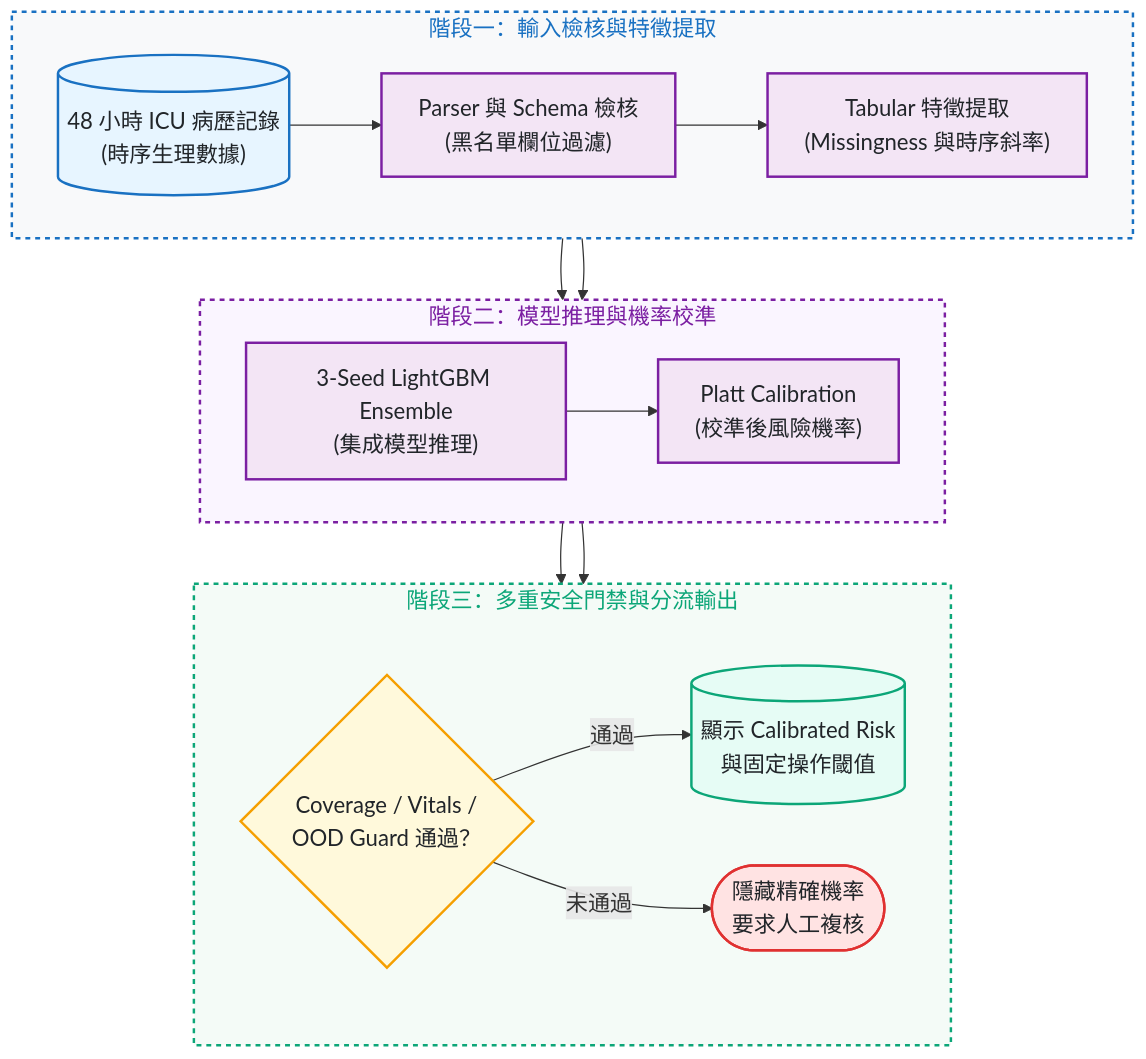
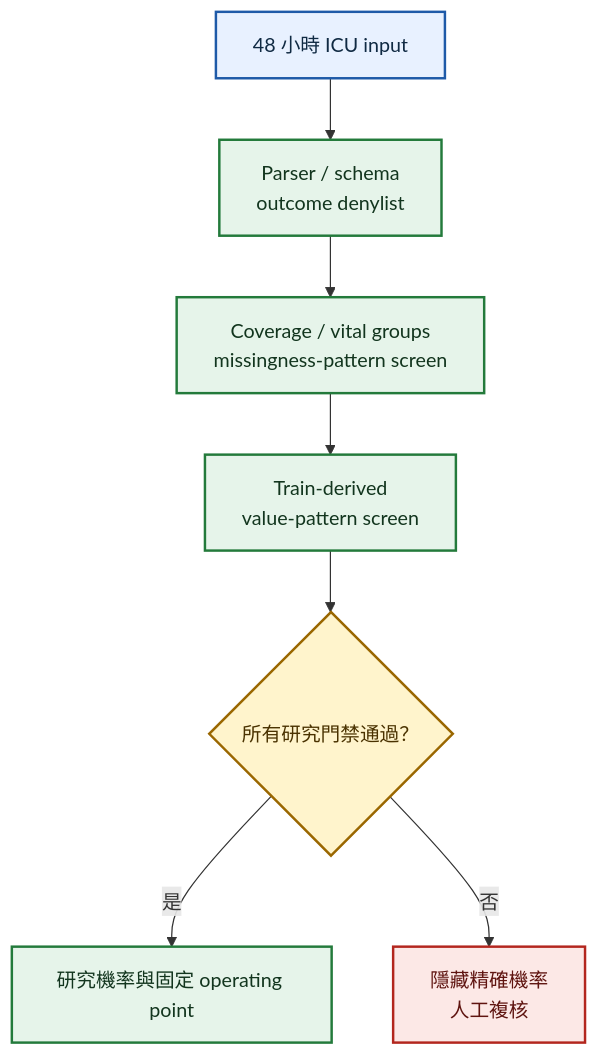
Before and after one commit to kuotunyu/CareRisk-48H: the second of 2 diagrams in README.md, drawn with Mermaid. The commit also changed other lines of this file and 17 other files, not shown here.

````diff
--- a/README.md
+++ b/README.md
@@ -67,38 +85,18 @@
 ```mermaid
-%%{init: {'themeVariables': {'fontSize': '18px'}}}%%
 flowchart TD
-    subgraph InputStage ["階段一：輸入檢核與特徵提取"]
-        direction LR
-        Input[("48 小時 ICU 病歷記錄<br/>(時序生理數據)")] --> Schema["Parser 與 Schema 檢核<br/>(黑名單欄位過濾)"] --> Feat["Tabular 特徵提取<br/>(Missingness 與時序斜率)"]
-    end
+    A["48 小時 ICU input"] --> B["Parser / schema<br/>outcome denylist"]
+    B --> C["Coverage / vital groups<br/>missingness-pattern screen"]
+    C --> D["Train-derived<br/>value-pattern screen"]
+    D --> E{"所有研究門禁通過？"}
+    E -->|是| F["研究機率與固定 operating point"]
+    E -->|否| G["隱藏精確機率<br/>人工複核"]
 
-    subgraph ModelStage ["階段二：模型推理與機率校準"]
-        direction LR
-        Feat --> Model["3-Seed LightGBM Ensemble<br/>(集成模型推理)"] --> Platt["Platt Calibration<br/>(校準後風險機率)"]
-    end
-
-    subgraph GuardStage ["階段三：多重安全門禁與分流輸出"]
-        direction LR
-        Platt --> Guard{"Coverage / Vitals /<br/>OOD Guard 通過？"}
-        Guard -->|"通過"| SafeOutput[("顯示 Calibrated Risk<br/>與固定操作閾值")]
-        Guard -->|"未通過"| BlockOutput(["隱藏精確機率<br/>要求人工複核"])
-    end
-
-    InputStage --> ModelStage --> GuardStage
-
-    classDef srcStyle fill:#e7f5ff,stroke:#1971c2,stroke-width:2px,color:#212529
-    classDef procStyle fill:#f3e5f5,stroke:#7b1fa2,stroke-width:2px,color:#212529
-    classDef condStyle fill:#fff9db,stroke:#f59f00,stroke-width:2px,color:#212529
-    classDef safeStyle fill:#e6fcf5,stroke:#0ca678,stroke-width:2px,color:#212529
-    classDef blockStyle fill:#ffe3e3,stroke:#e03131,stroke-width:2px,color:#212529
-
-    class Input srcStyle
-    class Schema,Feat,Model,Platt procStyle
-    class Guard condStyle
-    class SafeOutput safeStyle
-    class BlockOutput blockStyle
-
-    style InputStage fill:#f8f9fa,stroke:#1971c2,stroke-width:2px,color:#1971c2,stroke-dasharray: 4 4
-    style ModelStage fill:#faf5ff,stroke:#7b1fa2,stroke-width:2px,color:#7b1fa2,stroke-dasharray: 4 4
-    style GuardStage fill:#f4fbf7,stroke:#0ca678,stroke-width:2px,color:#0ca678,stroke-dasharray: 4 4
+    classDef input fill:#E8F1FF,stroke:#1E5AA8,stroke-width:2px,color:#102A43
+    classDef process fill:#E6F4EA,stroke:#237A3B,stroke-width:2px,color:#12351E
+    classDef decision fill:#FFF4CC,stroke:#9A6700,stroke-width:2px,color:#4A3200
+    classDef blocked fill:#FCE8E6,stroke:#B3261E,stroke-width:2px,color:#5F1410
+    class A input
+    class B,C,D,F process
+    class E decision
+    class G blocked
 ```
````
